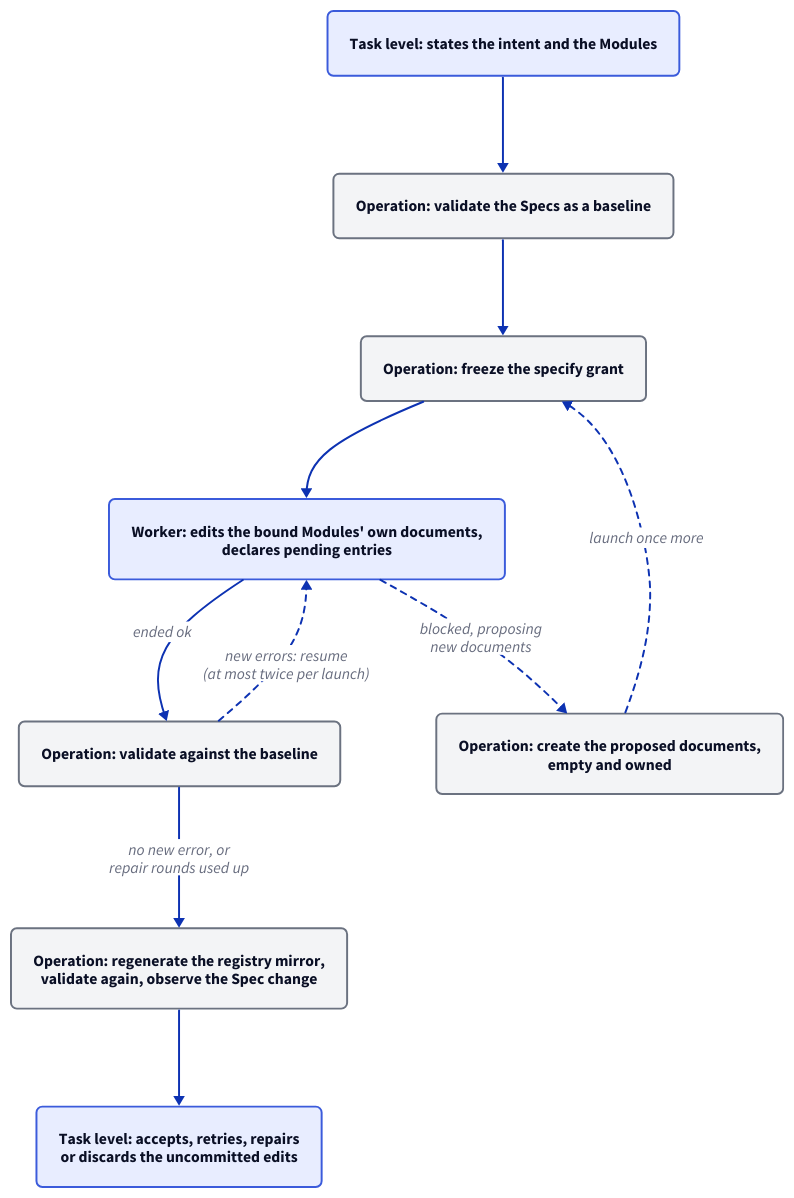
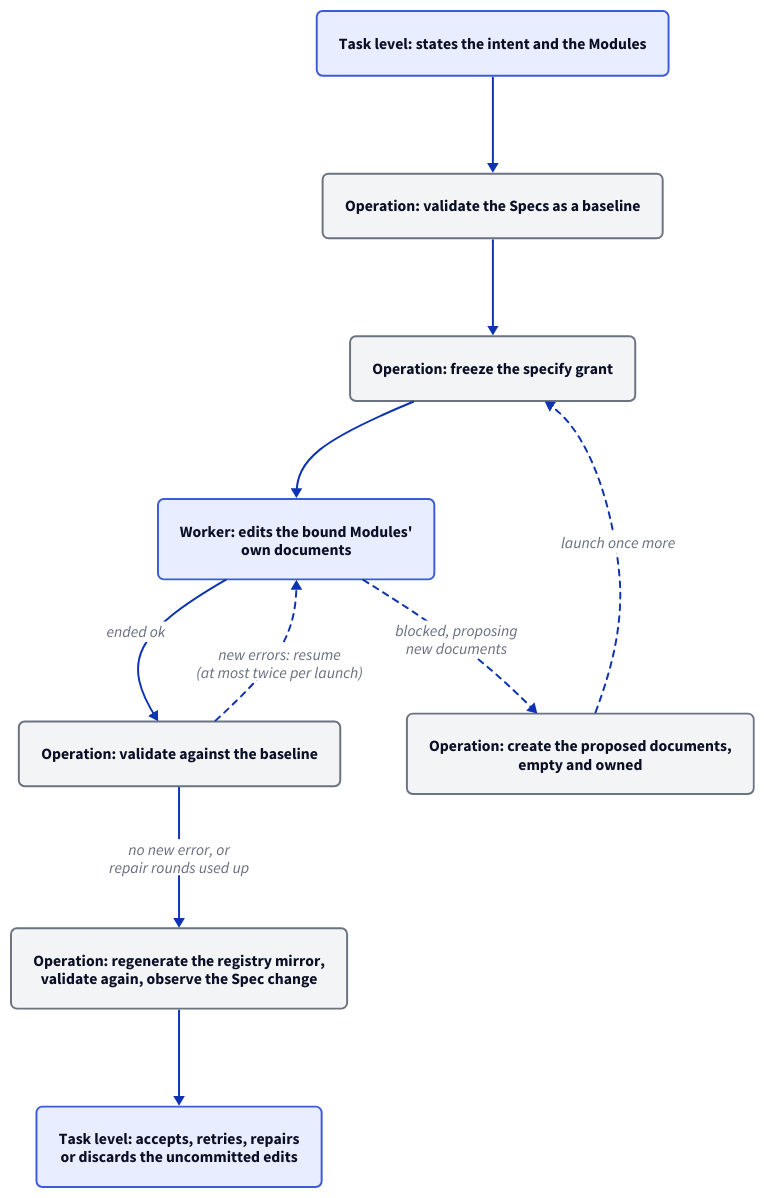
Before and after one commit to FTOD/concorde: the first of 2 diagrams in specs/concorde/execution/operations/specification/module.md, drawn with D2. The commit also changed other lines of this file and 128 other files, not shown here.

First line of the commit message:
Drop pending realization entries (Protocol 16); the task session prepares workers' files

````diff
--- a/specs/concorde/execution/operations/specification/module.md
+++ b/specs/concorde/execution/operations/specification/module.md
@@ -55,22 +54,22 @@
 ```d2 illustrative
 direction: down
 classes: {
   agent: {style: {fill: "#e8edff"; stroke: "#3b5bdb"; stroke-width: 2; border-radius: 6}}
   program: {style: {fill: "#f3f4f6"; stroke: "#6b7280"; stroke-width: 2; border-radius: 6}}
 }
 intent: "Task level: states the intent and the Modules" {class: agent}
 baseline: "Operation: validate the Specs as a baseline" {class: program}
 prepare: "Operation: freeze the specify grant" {class: program}
-edit: "Worker: edits the bound Modules' own documents,\ndeclares pending entries" {class: agent}
+edit: "Worker: edits the bound Modules'\nown documents" {class: agent}
 check: "Operation: validate against the baseline" {class: program}
 create: "Operation: create the proposed documents,\nempty and owned" {class: program}
 observe: "Operation: regenerate the registry mirror,\nvalidate again, observe the Spec change" {class: program}
 decide: "Task level: accepts, retries, repairs\nor discards the uncommitted edits" {class: agent}
 intent -> baseline -> prepare -> edit
 edit -> check: ended ok
 check -> edit: "new errors: resume\n(at most twice per launch)" {style.stroke-dash: 3}
 edit -> create: "blocked, proposing\nnew documents" {style.stroke-dash: 3}
 create -> prepare: "launch once more" {style.stroke-dash: 3}
 check -> observe: "no new error, or\nrepair rounds used up"
 observe -> decide
 ```
````
